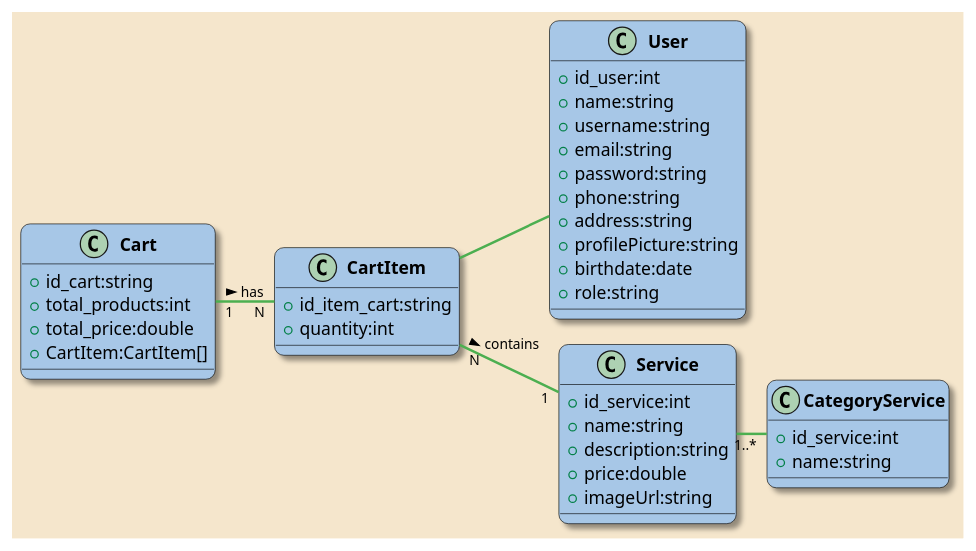
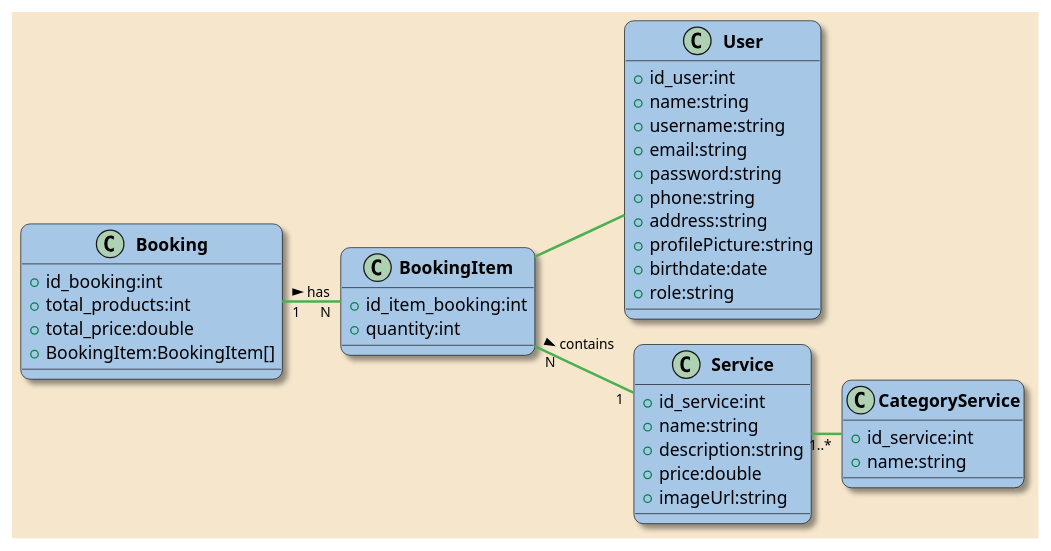
The diagram in src/public/tiendaBack.puml (retoquesexpress/tienda-back), drawn with PlantUML before and after one commit. The commit also changed 9 other files, not shown here.

```diff
--- a/src/public/tiendaBack.puml
+++ b/src/public/tiendaBack.puml
@@ -1,71 +1,71 @@
 @startuml
 'Direccion of the diagram'
 left to right direction
 'Used style'
 skinparam backgroundColor #F5E6CC
 'Classes'
 skinparam classBackgroundColor #A7C7E7
 skinparam classBorderColor #000000
 skinparam shadowing true
 skinparam roundcorner 15
 'Titles'
 skinparam classFontColor #000000
 skinparam classFontStyle bold
 'Relationships'
 skinparam classArrowColor #4CAF50
 skinparam classArrowThickness 2
 skinparam classArrowFontColor black
 skinparam classArrowFontSize 11
 skinparam nodesep 20
 skinparam ranksep 5
 
-class Cart{
-    +id_cart:string
+class Booking{
+    +id_booking:int
     +total_products:int
     +total_price:double
-    +CartItem:CartItem[]
+    +BookingItem:BookingItem[]
 }
 
-class CartItem{
-    +id_item_cart:string
+class BookingItem{
+    +id_item_booking:int
     +quantity:int
 }
 
 class User {
     +id_user:int
     +name:string
     +username:string
     +email:string
     +password:string
     +phone:string
     +address:string
     +profilePicture:string
     +birthdate:date
     +role:string
 }
 
 class Service{
     +id_service:int
     +name:string
     +description:string
     +price:double
     +imageUrl:string
 }
 
 class CategoryService{
     +id_service:int
     +name:string
 }
 
 
 
 
-Cart "1" -- "N" CartItem : has >
-CartItem "N" -- "1" Service : contains >
+Booking "1" -- "N" BookingItem : has >
+BookingItem "N" -- "1" Service : contains >
 
 Service -- "1..*" CategoryService
 
-CartItem -- User
+BookingItem -- User
 
 
 @enduml
```
